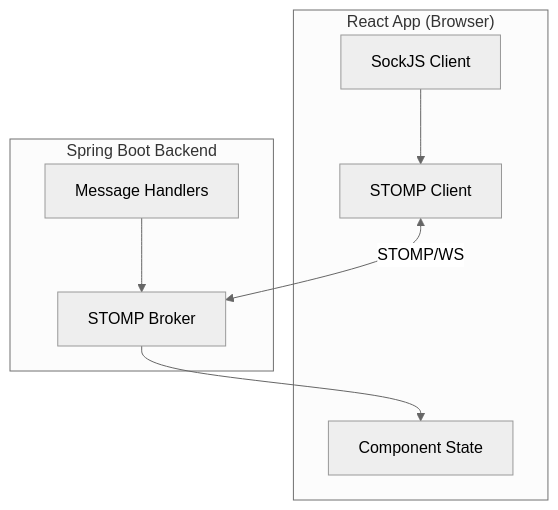
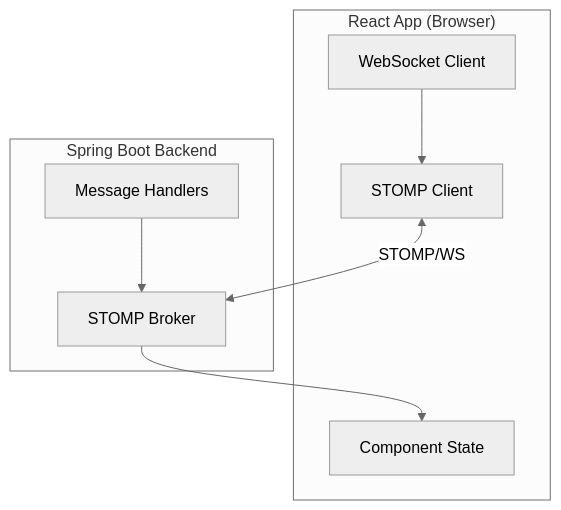
One commit to smartuni/riot-po-2026 changed the diagram in server/frontend/docs/real-time.md. Above: the diagram before and after it, drawn with Mermaid (neutral theme). The commit also changed other lines of this file and 6 other files, not shown here.

Commit message:
docs: replace SockJS references with native WebSocket

````diff
--- a/server/frontend/docs/real-time.md
+++ b/server/frontend/docs/real-time.md
@@ -7,18 +7,18 @@
 ```mermaid
 flowchart TB
     subgraph Browser["React App (Browser)"]
-        SockJS[SockJS Client]
+        WebSocket[WebSocket Client]
         STOMP[STOMP Client]
         Component[Component State]
     end
     
     subgraph Server["Spring Boot Backend"]
         Broker["STOMP Broker"]
         Handlers[Message Handlers]
     end
     
-    SockJS --> STOMP
+    WebSocket --> STOMP
     STOMP <-->|"STOMP/WS"| Broker
     Handlers --> Broker
     Broker --> Component
 ```
````
